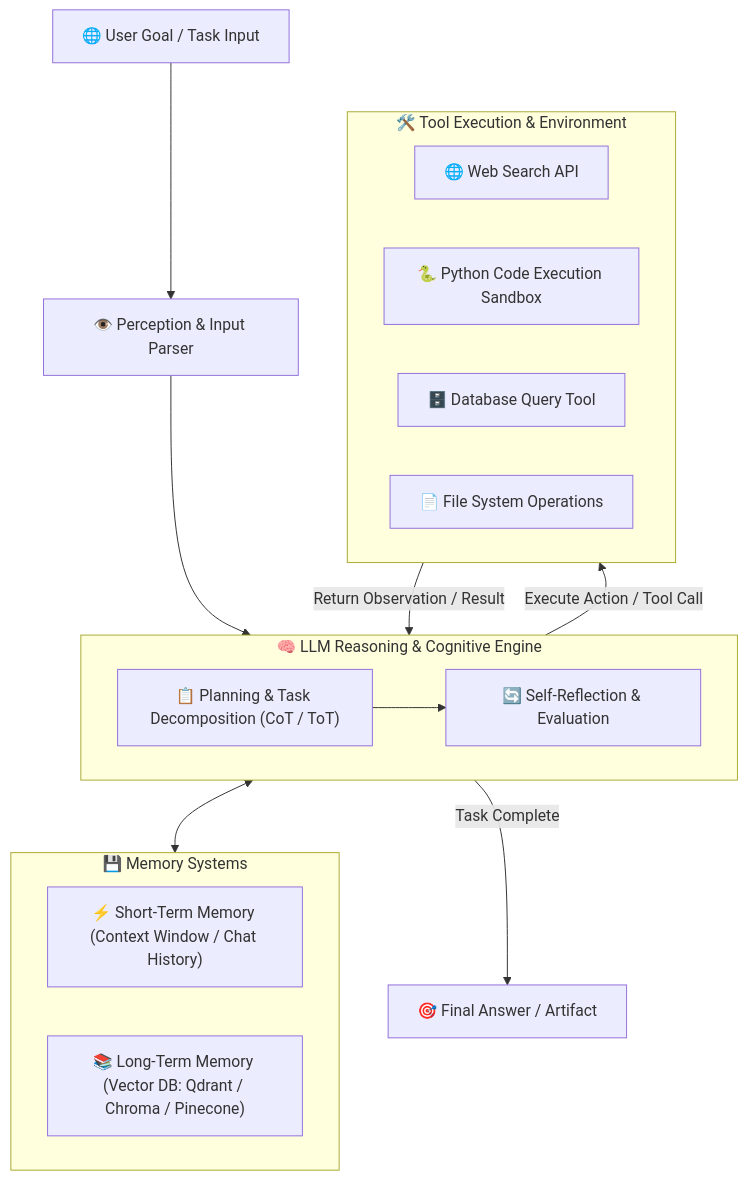
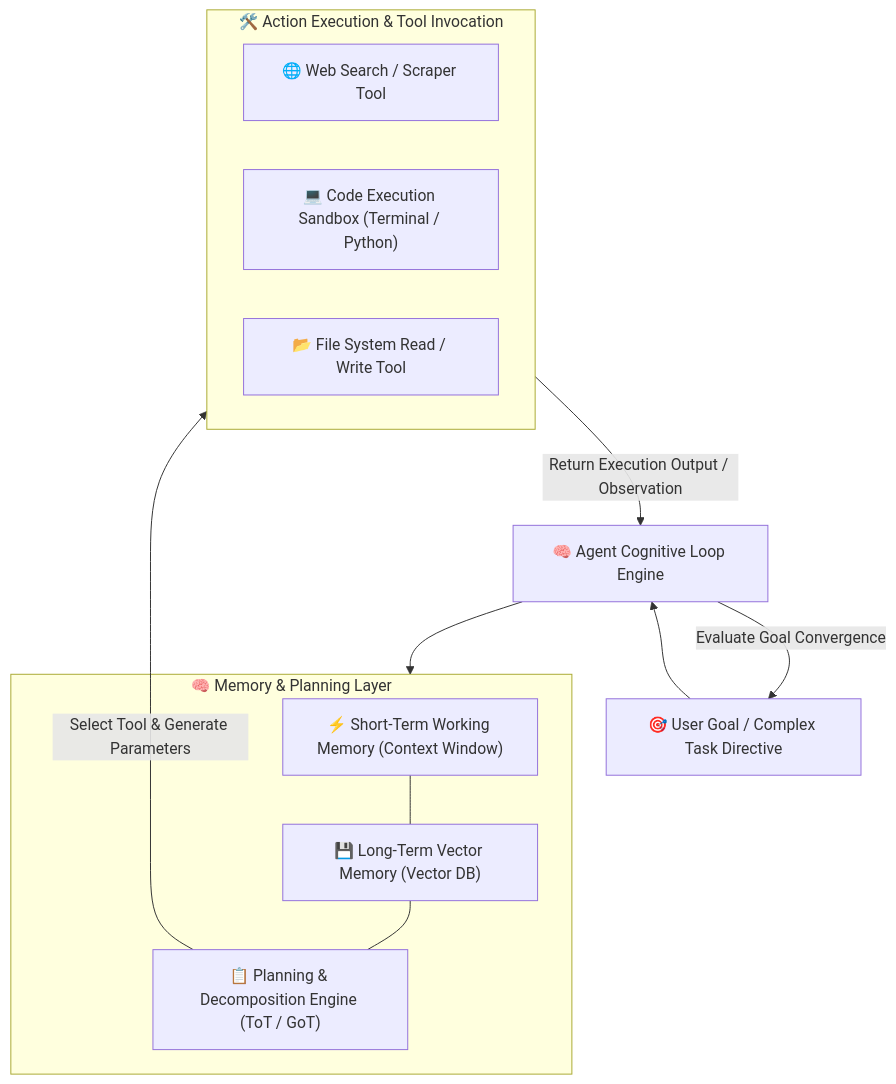
One commit to narojisivamurthi/Sprintboot-Test changed the first of 2 diagrams in ai/agent-ai.md. Above: the diagram before and after it, drawn with Mermaid. The commit also changed other lines of this file and 17 other files, not shown here.

````diff
--- a/ai/agent-ai.md
+++ b/ai/agent-ai.md
@@ -6,31 +6,23 @@
 ```mermaid
 graph TD
-    UserReq["🌐 User Goal / Task Input"] --> Perception["👁️ Perception & Input Parser"]
+    UserGoal["🎯 User Goal / Complex Task Directive"] --> AgentCore["🧠 Agent Cognitive Loop Engine"]
 
-    subgraph CognitiveEngine ["🧠 LLM Reasoning & Cognitive Engine"]
-        Planner["📋 Planning & Task Decomposition (CoT / ToT)"]
-        Reflection["🔄 Self-Reflection & Evaluation"]
-        Planner --> Reflection
+    subgraph PerceptionMemory ["🧠 Memory & Planning Layer"]
+        ShortMemory["⚡ Short-Term Working Memory (Context Window)"]
+        LongMemory["💾 Long-Term Vector Memory (Vector DB)"]
+        Planner["📋 Planning & Decomposition Engine (ToT / GoT)"]
+        ShortMemory --- LongMemory --- Planner
     end
 
-    Perception --> CognitiveEngine
+    AgentCore --> PerceptionMemory
 
-    subgraph MemorySystem ["💾 Memory Systems"]
-        STM["⚡ Short-Term Memory (Context Window / Chat History)"]
-        LTM["📚 Long-Term Memory (Vector DB: Qdrant / Chroma / Pinecone)"]
+    subgraph ToolExecution ["🛠️ Action Execution & Tool Invocation"]
+        Tool1["🌐 Web Search / Scraper Tool"]
+        Tool2["💻 Code Execution Sandbox (Terminal / Python)"]
+        Tool3["📂 File System Read / Write Tool"]
     end
 
-    CognitiveEngine <--> MemorySystem
-
-    subgraph ToolUse ["🛠️ Tool Execution & Environment"]
-        WebSearch["🌐 Web Search API"]
-        CodeExec["🐍 Python Code Execution Sandbox"]
-        DBQuery["🗄️ Database Query Tool"]
-        FileIO["📄 File System Operations"]
-    end
-
-    CognitiveEngine -->|Execute Action / Tool Call| ToolUse
-    ToolUse -->|Return Observation / Result| CognitiveEngine
-
-    CognitiveEngine -->|Task Complete| Output["🎯 Final Answer / Artifact"]
+    Planner -->|Select Tool & Generate Parameters| ToolExecution
+    ToolExecution -->|Return Execution Output / Observation| AgentCore
+    AgentCore -->|Evaluate Goal Convergence| UserGoal
 ```
````
